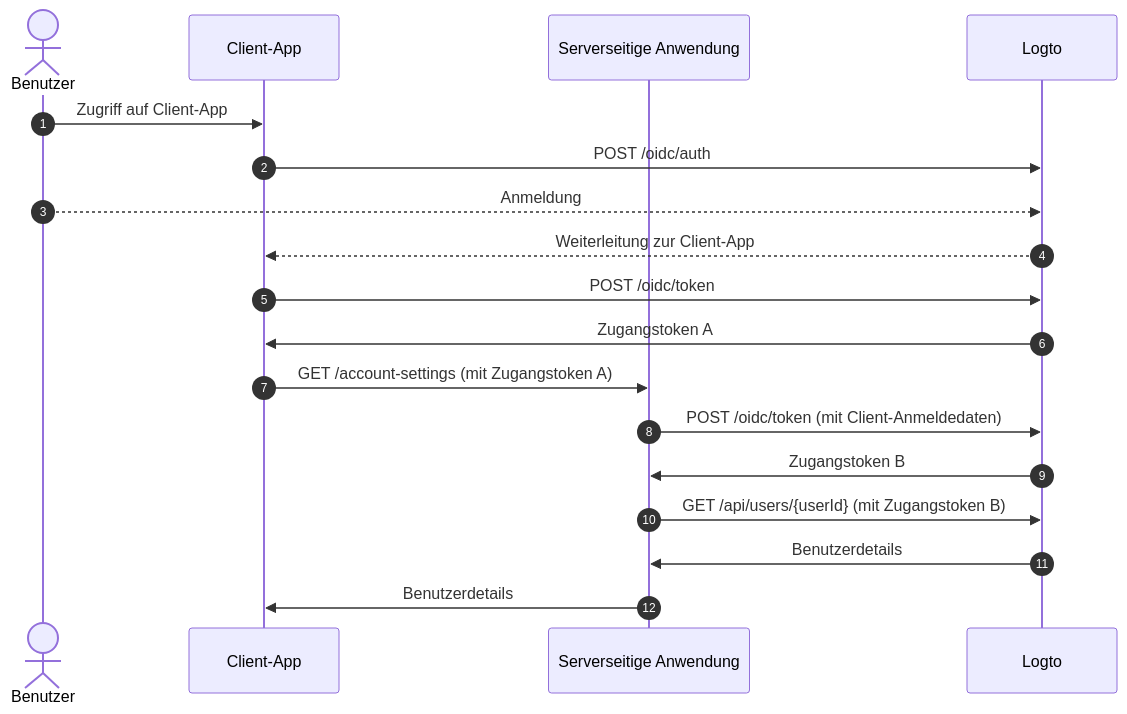
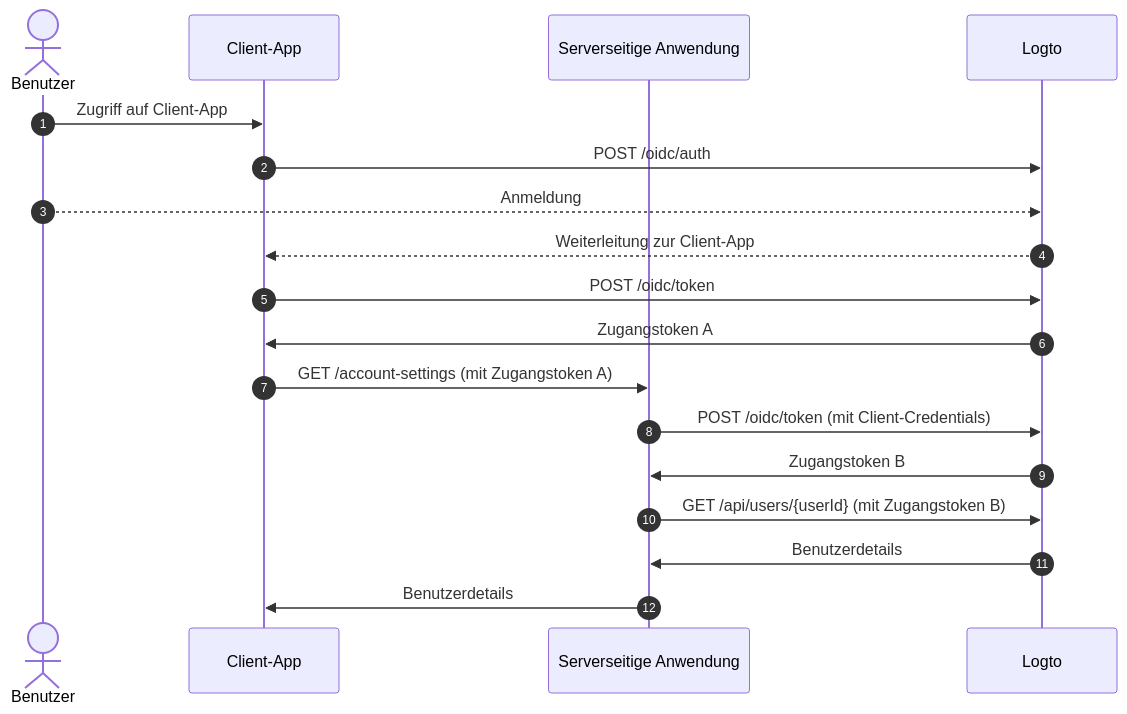
The second of 3 diagrams in i18n/de/docusaurus-plugin-content-docs/current/end-user-flows/account-settings/by-management-api.mdx (logto-io/docs), drawn with Mermaid before and after one commit. The commit also changed other lines of this file and 80 other files, not shown here.

````diff
--- a/i18n/de/docusaurus-plugin-content-docs/current/end-user-flows/account-settings/by-management-api.mdx
+++ b/i18n/de/docusaurus-plugin-content-docs/current/end-user-flows/account-settings/by-management-api.mdx
@@ -27,21 +28,21 @@
 ```mermaid
   sequenceDiagram
     autonumber
     actor User as Benutzer
     participant Client as Client-App
     participant Server as Serverseitige Anwendung
     participant Logto as Logto
 
     User ->> Client: Zugriff auf Client-App
     Client ->> Logto: POST /oidc/auth
     User -->> Logto: Anmeldung
     Logto -->> Client: Weiterleitung zur Client-App
     Client ->> Logto: POST /oidc/token
     Logto ->> Client: Zugangstoken A
     Client ->> Server: GET /account-settings (mit Zugangstoken A)
-    Server ->> Logto: POST /oidc/token (mit Client-Anmeldedaten)
+    Server ->> Logto: POST /oidc/token (mit Client-Credentials)
     Logto ->> Server: Zugangstoken B
     Server ->> Logto: GET /api/users/{userId} (mit Zugangstoken B)
     Logto ->> Server: Benutzerdetails
     Server ->> Client: Benutzerdetails
 ```
````
